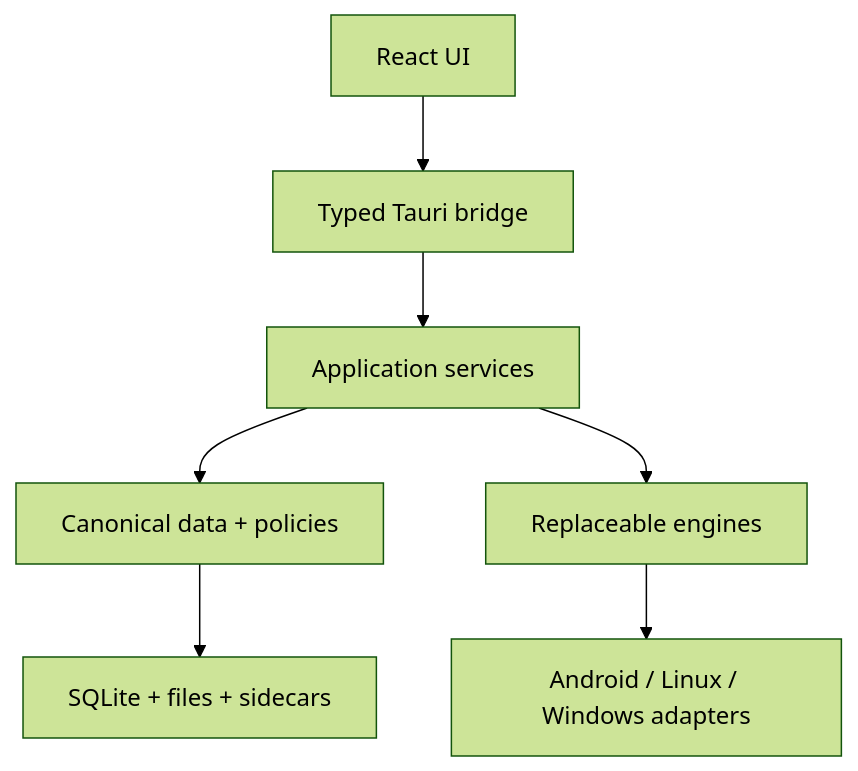
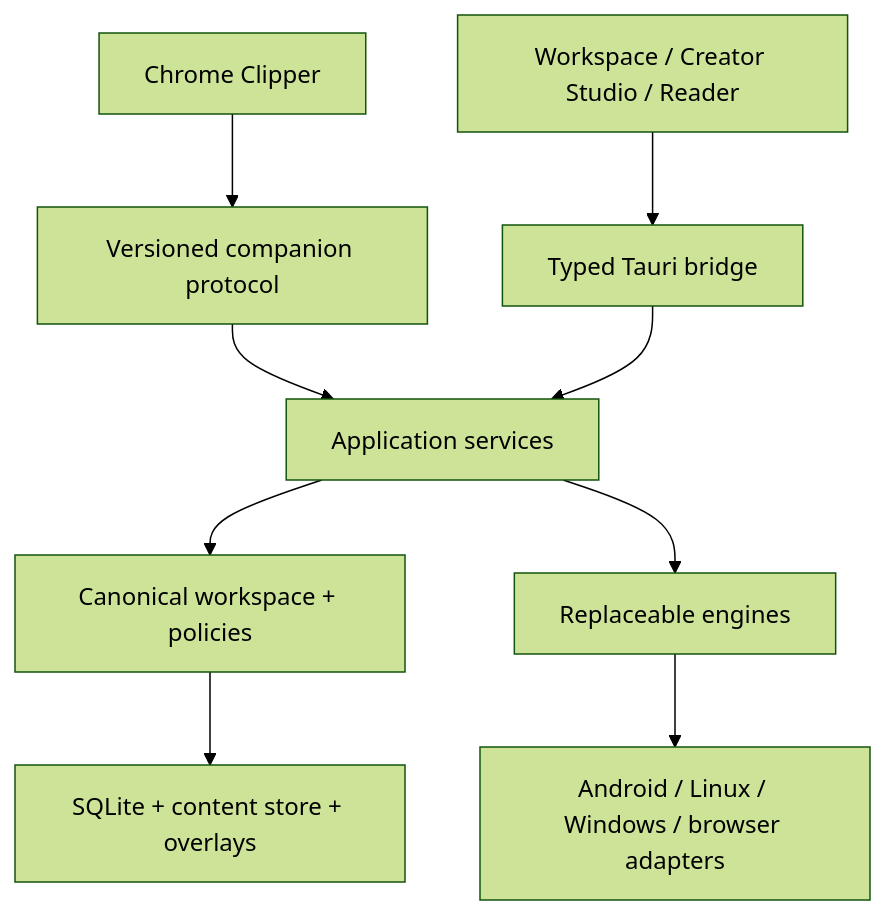
Before and after one commit to rebots-online/EnZIME: the first of 10 diagrams in DOCS/REBOOT/ARCHITECTURE.md, drawn with Mermaid (forest theme). The commit also changed other lines of this file, not shown here.

Commit message:
docs(reboot): add workspace clipper composer and donor airlock architecture

````diff
--- a/DOCS/REBOOT/ARCHITECTURE.md
+++ b/DOCS/REBOOT/ARCHITECTURE.md
@@ -17,9 +20,11 @@
 ```mermaid
 flowchart TB
-    UI["React UI"] --> IPC["Typed Tauri bridge"]
-    IPC --> APP["Application services"]
-    APP --> DATA["Canonical data + policies"]
+    EXT["Chrome Clipper"] --> PROTO["Versioned companion protocol"]
+    UI["Workspace / Creator Studio / Reader"] --> IPC["Typed Tauri bridge"]
+    PROTO --> APP["Application services"]
+    IPC --> APP
+    APP --> DATA["Canonical workspace + policies"]
     APP --> ENGINES["Replaceable engines"]
-    ENGINES --> PLATFORM["Android / Linux / Windows adapters"]
-    DATA --> SQLITE["SQLite + files + sidecars"]
+    ENGINES --> PLATFORM["Android / Linux / Windows / browser adapters"]
+    DATA --> SQLITE["SQLite + content store + overlays"]
 ```
````
